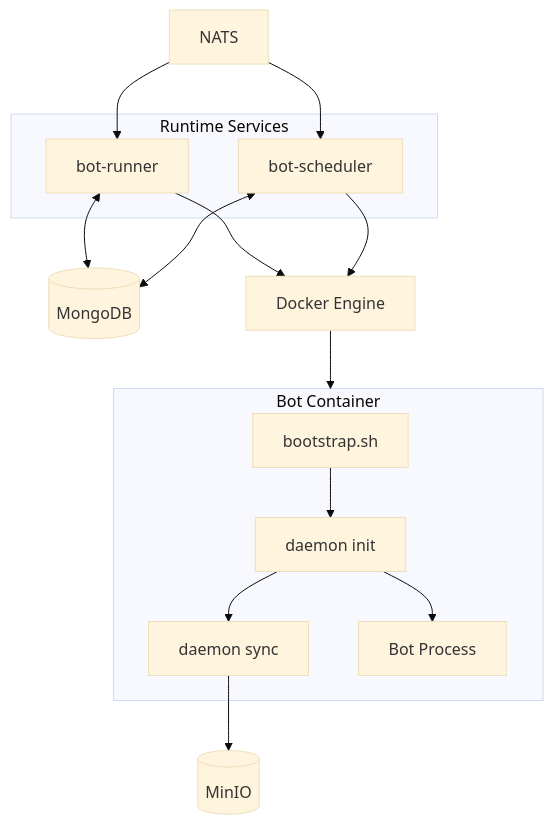
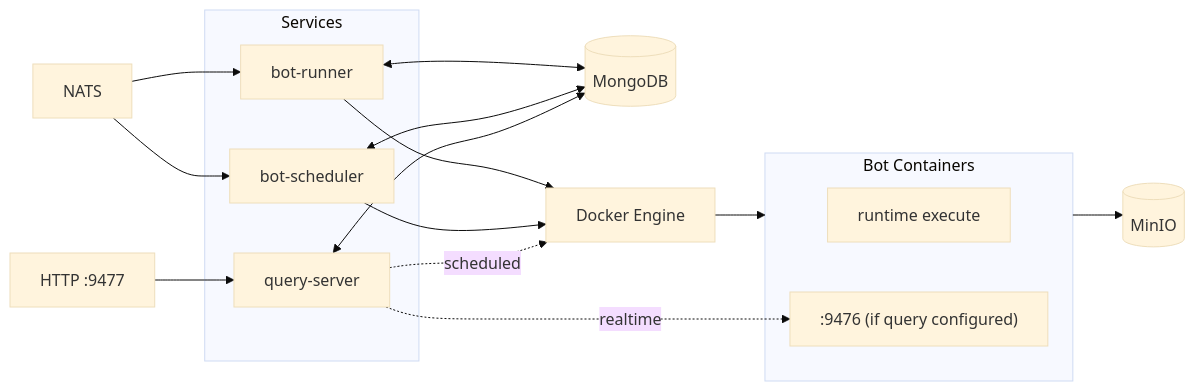
One commit to alexanderwanyoike/the0 changed the second of 4 diagrams in runtime/README.md. Above: the diagram before and after it, drawn with Mermaid (base theme). The commit also changed other lines of this file and 2 other files, not shown here.

First line of the commit message:
docs: Update runtime documentation with query system and architecture

````diff
--- a/runtime/README.md
+++ b/runtime/README.md
@@ -38,25 +38,25 @@
 ```mermaid
-flowchart TB
-    NATS["NATS"] --> Runner
-    NATS --> Scheduler
+flowchart LR
+    NATS["NATS"] --> Runner & Scheduler
+    HTTP["HTTP :9477"] --> QS
 
-    subgraph Services["Runtime Services"]
+    subgraph Services
         Runner["bot-runner"]
         Scheduler["bot-scheduler"]
+        QS["query-server"]
     end
 
-    Runner <--> MongoDB[(MongoDB)]
-    Scheduler <--> MongoDB
+    Runner & Scheduler <--> MongoDB[(MongoDB)]
+    QS <--> MongoDB
+    Runner & Scheduler --> Docker["Docker Engine"]
 
-    Runner --> Docker["Docker Engine"]
-    Scheduler --> Docker
-
-    subgraph Container["Bot Container"]
-        Bootstrap["bootstrap.sh"] --> DInit["daemon init"]
-        DInit --> DSync["daemon sync"]
-        DInit --> BotProc["Bot Process"]
+    subgraph Containers["Bot Containers"]
+        Bot["runtime execute"]
+        QueryPort[":9476 (if query configured)"]
     end
 
-    Docker --> Container
-    DSync --> MinIO[(MinIO)]
+    Docker --> Containers
+    Containers --> MinIO[(MinIO)]
+    QS -.->|realtime| QueryPort
+    QS -.->|scheduled| Docker
 ```
````
